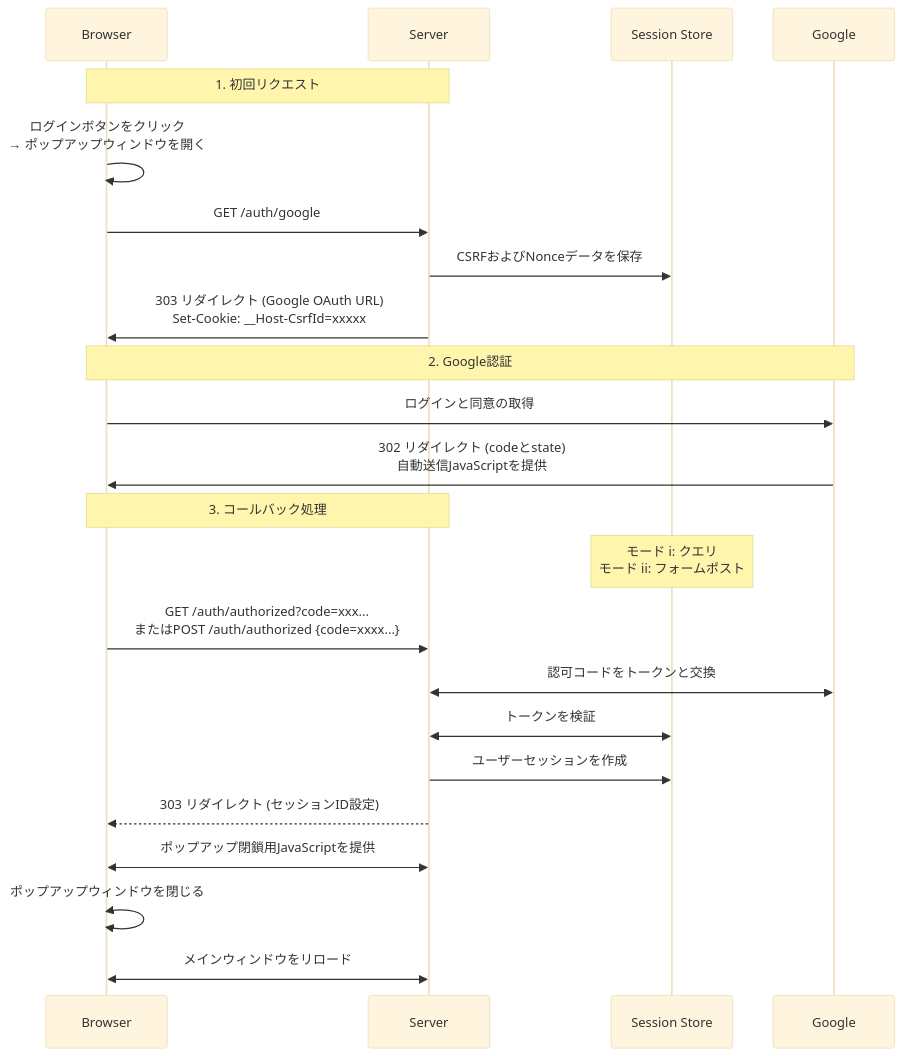
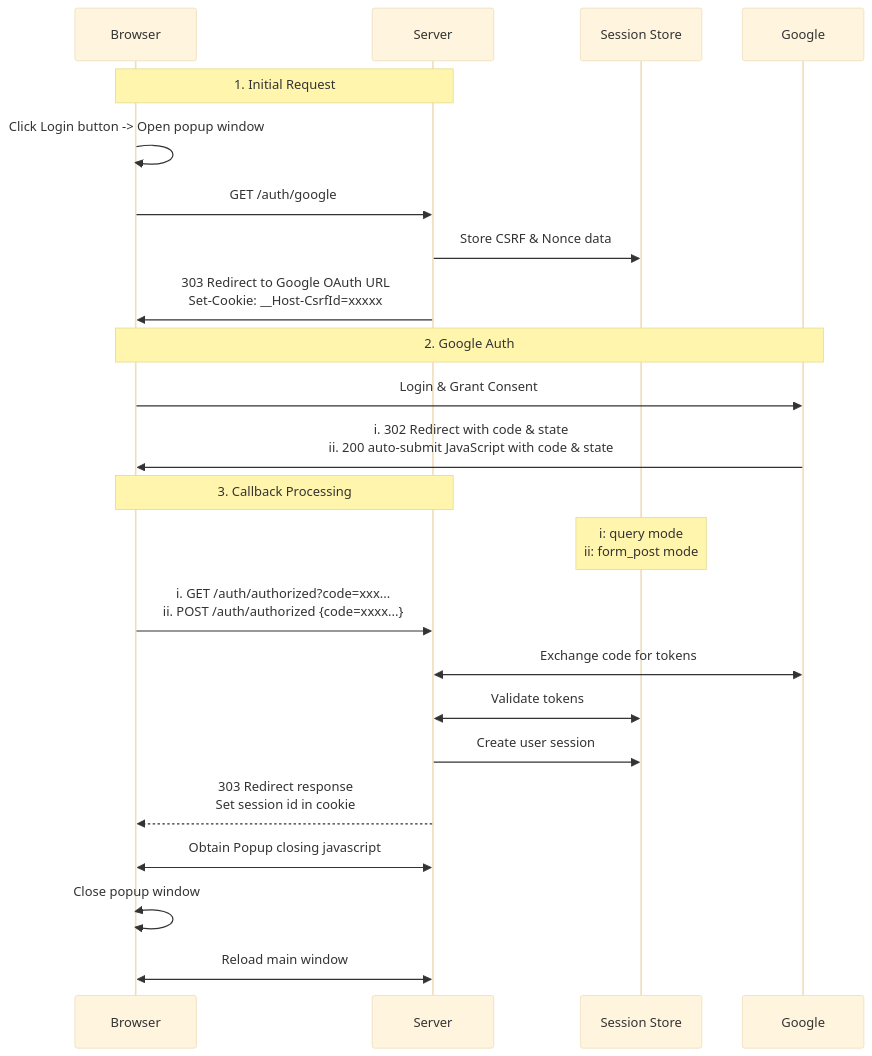
One commit to ktaka-ccmp/ktaka.blog.ccmp.jp changed the second of 4 diagrams in 2024/Axum-Google-OAuth2-Login/Readme.jp.md. Above: the diagram before and after it, drawn with Mermaid (base theme). The commit also changed other lines of this file, not shown here.

````diff
--- a/2024/Axum-Google-OAuth2-Login/Readme.jp.md
+++ b/2024/Axum-Google-OAuth2-Login/Readme.jp.md
@@ -107,28 +103,28 @@
 ```mermaid
 sequenceDiagram
     participant Browser
     participant Server
     participant Session Store
     participant Google
 
-    Note over Browser,Server: 1. 初回リクエスト
-    Browser->>Browser: ログインボタンをクリック<br>→ ポップアップウィンドウを開く
+    Note over Browser,Server: 1. Initial Request
+    Browser->>Browser: Click Login button -> Open popup window
     Browser->>Server: GET /auth/google
-    Server->>Session Store: CSRFおよびNonceデータを保存
-    Server->>Browser: 303 リダイレクト (Google OAuth URL)<br>Set-Cookie: __Host-CsrfId=xxxxx
+    Server->>Session Store: Store CSRF & Nonce data
+    Server->>Browser: 303 Redirect to Google OAuth URL<br/>Set-Cookie: __Host-CsrfId=xxxxx
 
-    Note over Browser,Google: 2. Google認証
-    Browser->>Google: ログインと同意の取得
-    Google->>Browser: 302 リダイレクト (codeとstate)<br>自動送信JavaScriptを提供
+    Note over Browser,Google: 2. Google Auth
+    Browser->>Google: Login & Grant Consent
+    Google->>Browser: i. 302 Redirect with code & state <br/> ii. 200 auto-submit JavaScript with code & state
 
-    Note over Browser,Server: 3. コールバック処理
-    Note over Session Store: モード i: クエリ<br>モード ii: フォームポスト
-    Browser->>Server: GET /auth/authorized?code=xxx...<br>またはPOST /auth/authorized {code=xxxx...}
-    Server<<->>Google: 認可コードをトークンと交換
-    Server<<->>Session Store: トークンを検証
-    Server->>Session Store: ユーザーセッションを作成
-    Server-->>Browser: 303 リダイレクト (セッションID設定)
-    Server<<->>Browser: ポップアップ閉鎖用JavaScriptを提供
-    Browser<<->>Browser: ポップアップウィンドウを閉じる
-    Server<<->>Browser: メインウィンドウをリロード
+    Note over Browser,Server: 3. Callback Processing
+    Note over Session Store: i: query mode<br/>ii: form_post mode
+    Browser->>Server: i. GET /auth/authorized?code=xxx...<br/>ii. POST /auth/authorized {code=xxxx...}
+    Server<<->>Google: Exchange code for tokens
+    Server<<->>Session Store: Validate tokens
+    Server->>Session Store: Create user session
+    Server-->>Browser: 303 Redirect response<br/>Set session id in cookie
+    Server<<->>Browser: Obtain Popup closing javascript
+    Browser<<->>Browser: Close popup window
+    Server<<->>Browser: Reload main window
 ```
````
